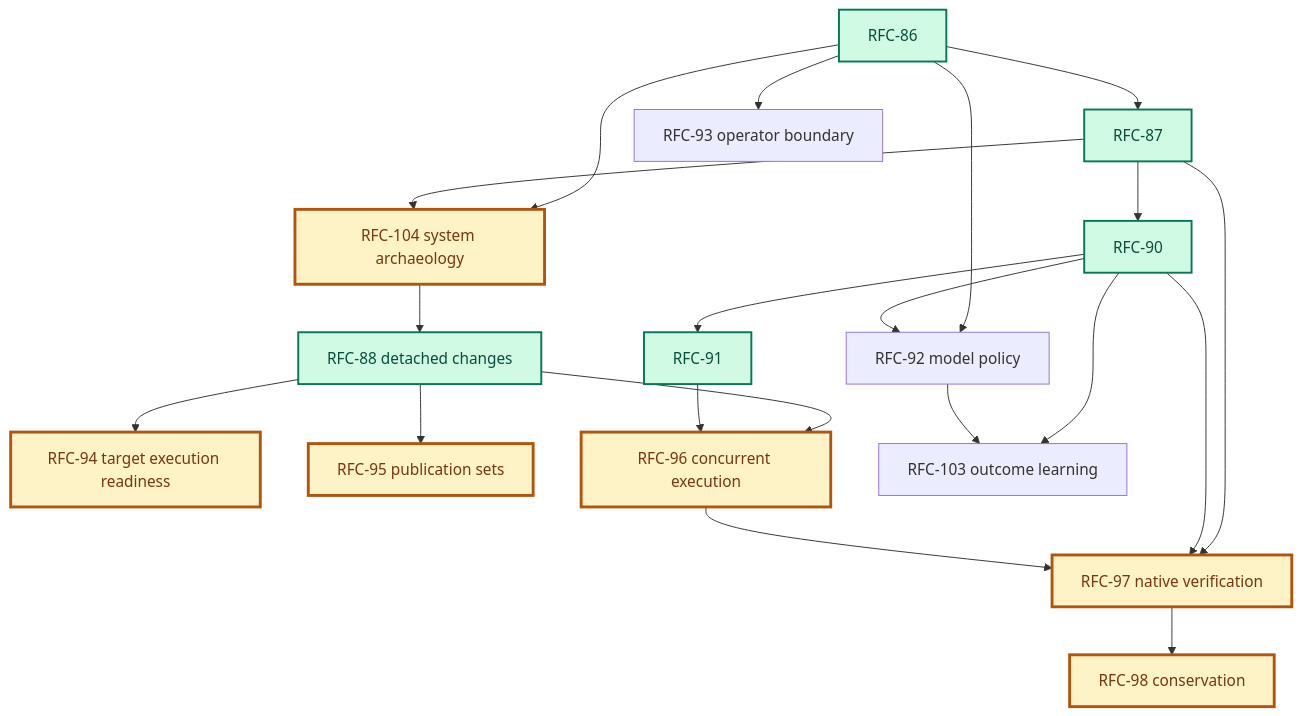
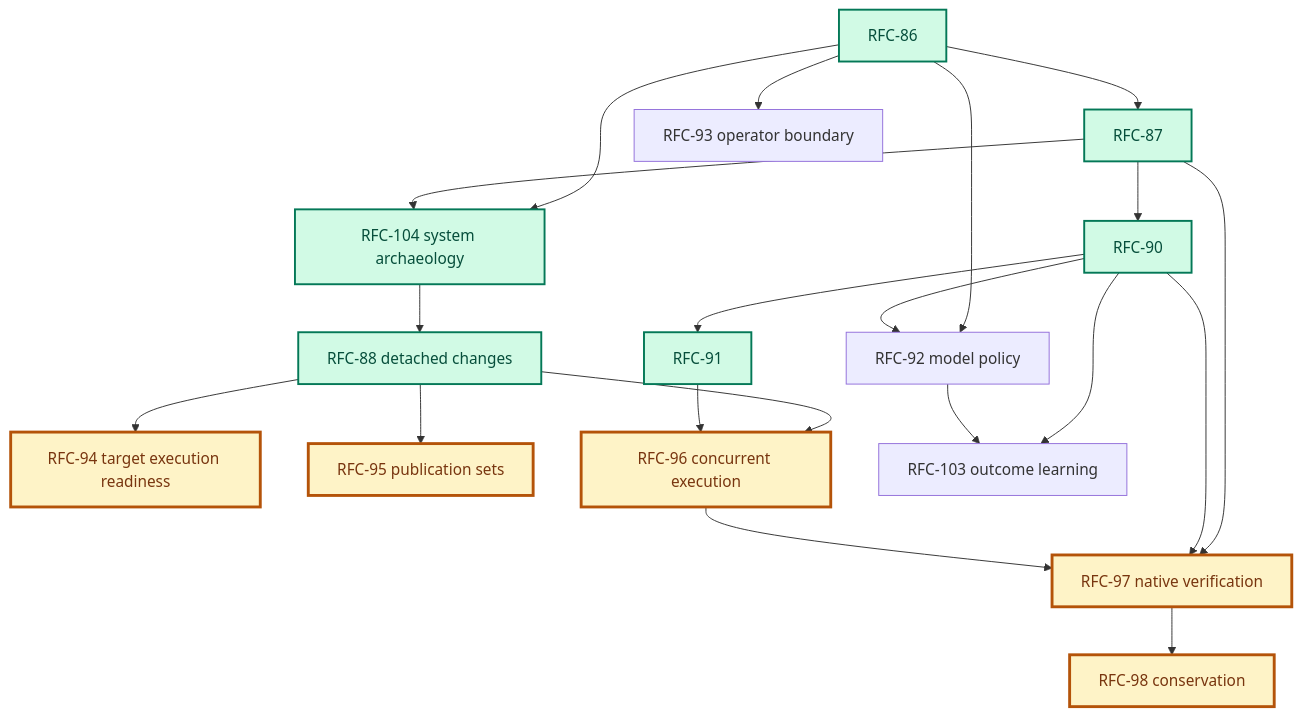
The diagram in rfcs/platform.md (augentic/anvil), drawn with Mermaid before and after one commit. The commit also changed other lines of this file and 19 other files, not shown here.

````diff
--- a/rfcs/platform.md
+++ b/rfcs/platform.md
@@ -43,27 +41,27 @@
 ```mermaid
 flowchart TD
     R86[RFC-86] --> R87[RFC-87]
     R86 --> R104[RFC-104 system archaeology]
     R86 --> R92[RFC-92 model policy]
     R86 --> R93[RFC-93 operator boundary]
     R87 --> R104
     R104 --> R88[RFC-88 detached changes]
     R87 --> R90[RFC-90]
     R90 --> R91[RFC-91]
     R90 --> R92
     R87 --> R97[RFC-97 native verification]
     R90 --> R97
     R88 --> R94[RFC-94 target execution readiness]
     R88 --> R95[RFC-95 publication sets]
     R88 --> R96[RFC-96 concurrent execution]
     R91 --> R96
     R96 --> R97
     R97 --> R98[RFC-98 conservation]
     R90 --> R103[RFC-103 outcome learning]
     R92 --> R103
 
     classDef done fill:#d1fae5,stroke:#047857,color:#064e3b,stroke-width:2px
     classDef critical fill:#fef3c7,stroke:#b45309,color:#78350f,stroke-width:3px
-    class R86,R87,R88,R90,R91 done
-    class R104,R94,R95,R96,R97,R98 critical
+    class R86,R87,R88,R90,R91,R104 done
+    class R94,R95,R96,R97,R98 critical
 ```
````
